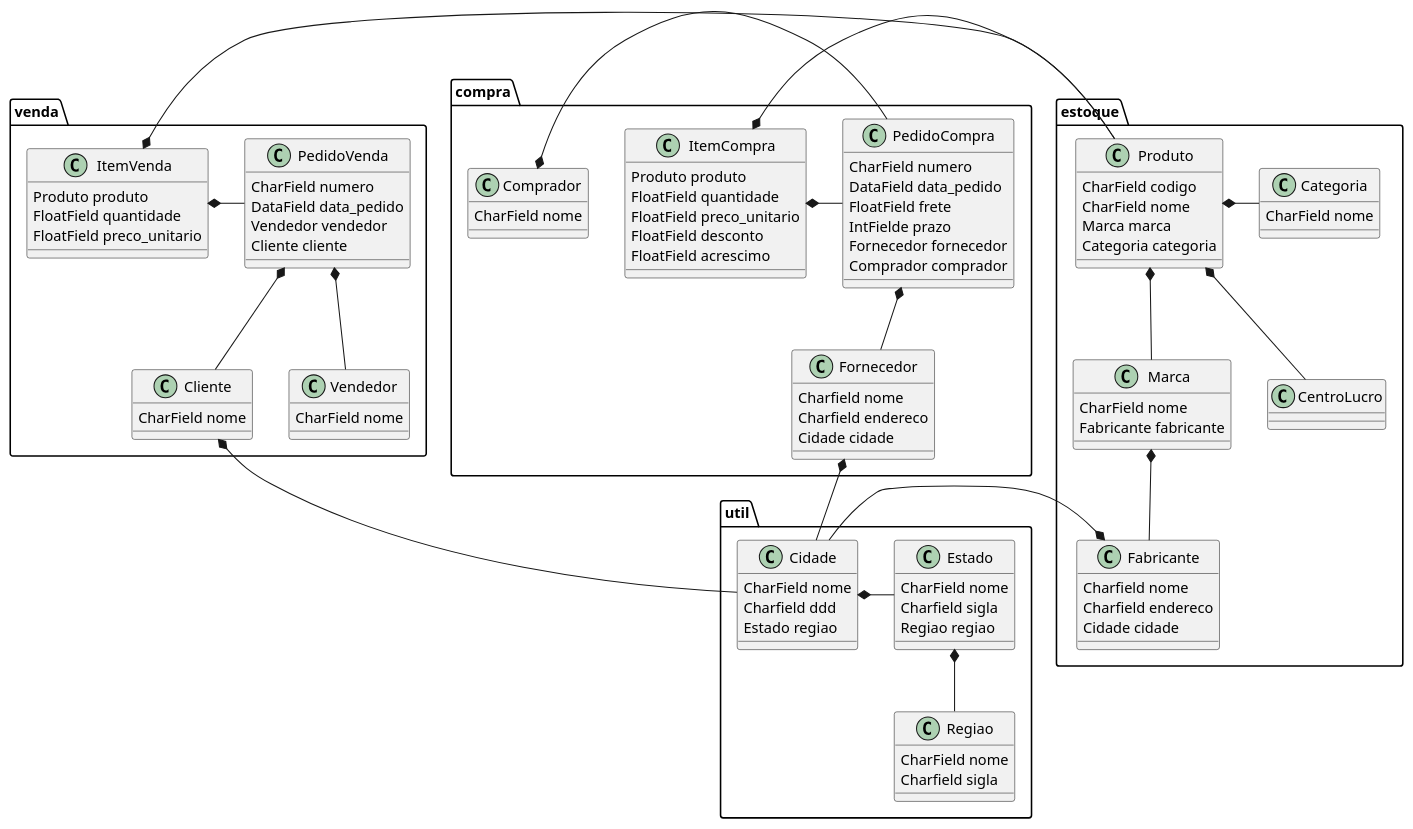
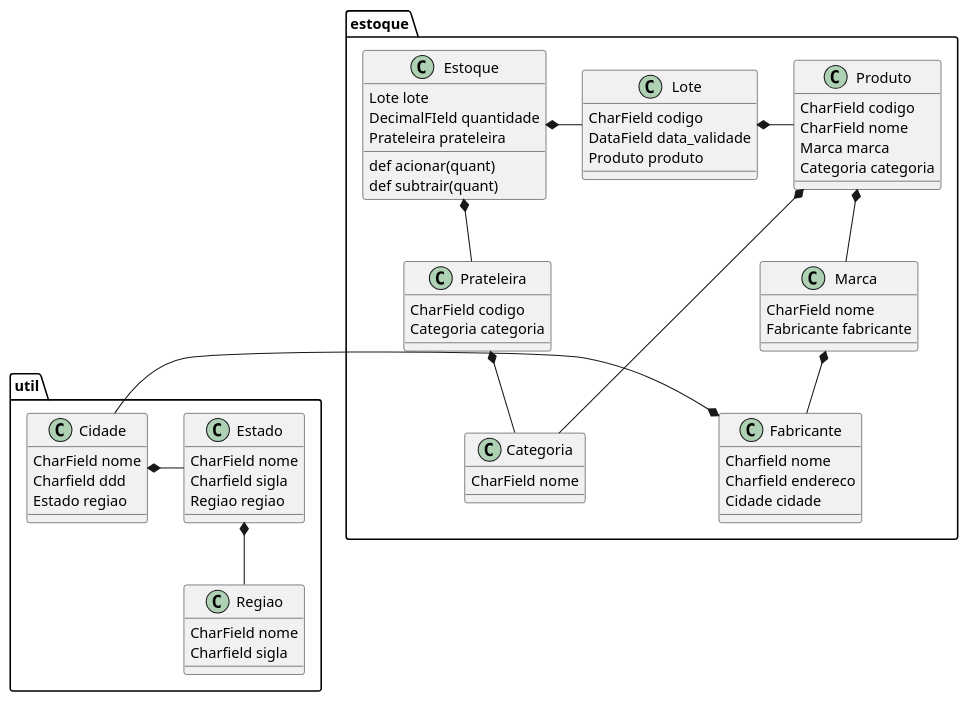
The diagram in modelo.plantuml (ivaneyvieira/erp), drawn with PlantUML before and after one commit. The commit also changed 1 other file, not shown here.

Commit message:
atualizacao do diagrama

```diff
--- a/modelo.plantuml
+++ b/modelo.plantuml
@@ -1,121 +1,141 @@
 @startuml
 package util {
     class Regiao {
         CharField nome
         Charfield sigla
     }
 
     class Estado {
         CharField nome
         Charfield sigla
         Regiao regiao
     }
 
 
 
     class Cidade {
         CharField nome
         Charfield ddd
         Estado regiao
     }
 
     Estado  *-- Regiao
     Cidade  *- Estado 
 }
 
 package estoque {
+    class Estoque {
+        Lote lote
+        DecimalFIeld quantidade
+        Prateleira prateleira
+        def acionar(quant)
+        def subtrair(quant)
+    }
+
+    class Lote {
+        CharField codigo
+        DataField data_validade
+        Produto produto
+    }
+
+    class Prateleira {
+        CharField codigo
+        Categoria categoria
+    }
+
     class Categoria {
         CharField nome
     }
 
     class Produto{
         CharField codigo
         CharField nome
         Marca marca
         Categoria categoria
     }
 
     class Marca{
         CharField nome
         Fabricante fabricante
     }
 
     class Fabricante{
         Charfield nome
         Charfield endereco
         Cidade cidade
     }
 
-    class CentroLucro
-    
-    Produto *--CentroLucro
+    Estoque *- Lote
+    Estoque *-- Prateleira
+    Lote *- Produto
+    Prateleira *-- Categoria
     Produto *-- Marca  
-    Produto *- Categoria  
+    Produto *-- Categoria  
     Marca *-- Fabricante
     Fabricante *- Cidade
 }
-
+/'
 package compra {
     class PedidoCompra{
         CharField numero
         DataField data_pedido
         FloatField frete
         IntFielde prazo
         Fornecedor fornecedor
         Comprador comprador 
     }
 
     class ItemCompra{
         Produto produto
         FloatField quantidade
         FloatField preco_unitario
         FloatField desconto
         FloatField acrescimo
     }
 
     class Fornecedor{
         Charfield nome
         Charfield endereco
         Cidade cidade        
     }
 
     class Comprador{
         CharField nome
     }
 
     ItemCompra *- PedidoCompra
     ItemCompra *- Produto
     PedidoCompra *-- Fornecedor
     Fornecedor *-- Cidade
     Comprador *- PedidoCompra
 }
 
 package venda {
     class PedidoVenda{
         CharField numero
         DataField data_pedido
         Vendedor vendedor
         Cliente cliente
     }
 
     class ItemVenda{
         Produto produto
         FloatField quantidade
         FloatField preco_unitario
     }
 
     class Cliente{
         CharField nome
     }
 
     class Vendedor{
         CharField nome
     }
 
     ItemVenda *- PedidoVenda
     ItemVenda *- Produto
     PedidoVenda *-- Cliente
     PedidoVenda *-- Vendedor
     Cliente *- Cidade
-}
+}'/
 @enduml
```
